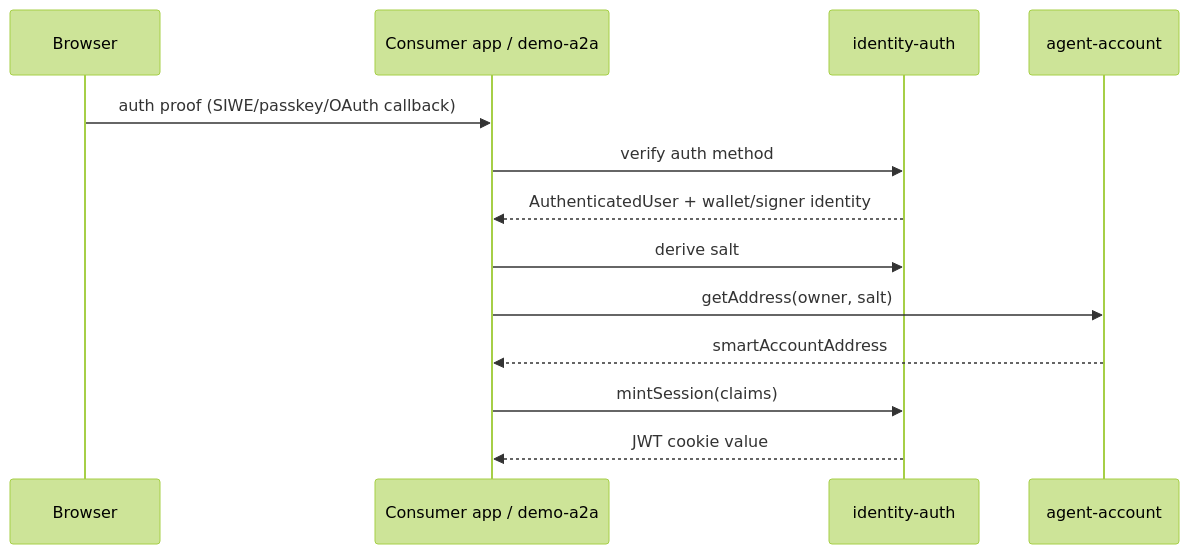
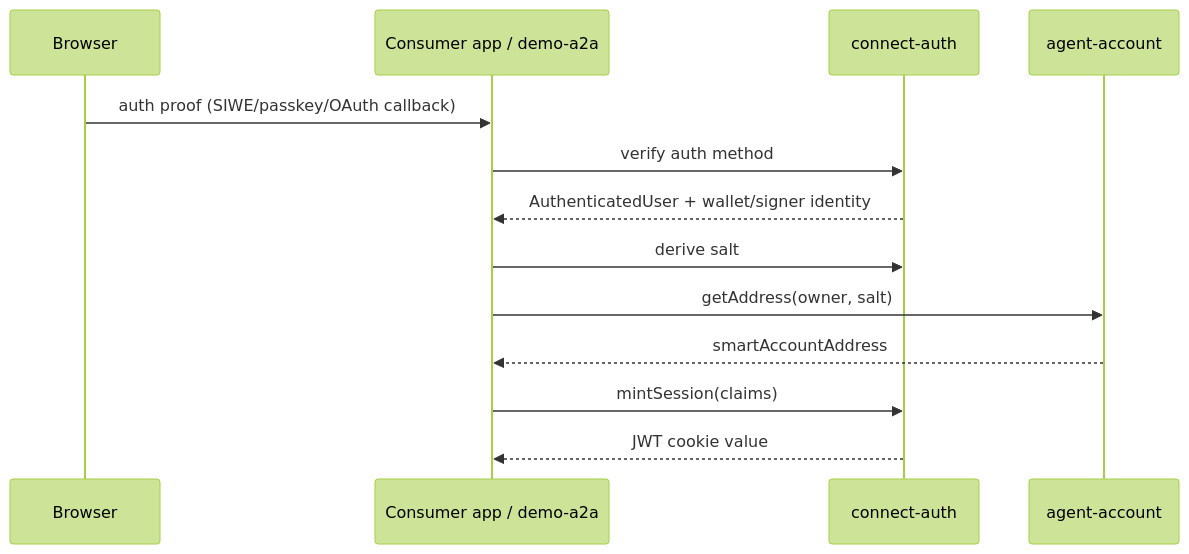
The first of 2 diagrams in packages/connect-auth/docs/architecture.md (rpedersen3/agenticprimitives-6-17-26), drawn with Mermaid (forest theme) before and after one commit. The commit also changed other lines of this file and 125 other files, not shown here.

````diff
--- a/packages/connect-auth/docs/architecture.md
+++ b/packages/connect-auth/docs/architecture.md
@@ -19,16 +19,16 @@
 ```mermaid
 sequenceDiagram
   participant Browser
   participant App as Consumer app / demo-a2a
-  participant Auth as identity-auth
+  participant Auth as connect-auth
   participant Account as agent-account
 
   Browser->>App: auth proof (SIWE/passkey/OAuth callback)
   App->>Auth: verify auth method
   Auth-->>App: AuthenticatedUser + wallet/signer identity
   App->>Auth: derive salt
   App->>Account: getAddress(owner, salt)
   Account-->>App: smartAccountAddress
   App->>Auth: mintSession(claims)
   Auth-->>App: JWT cookie value
 ```
````
